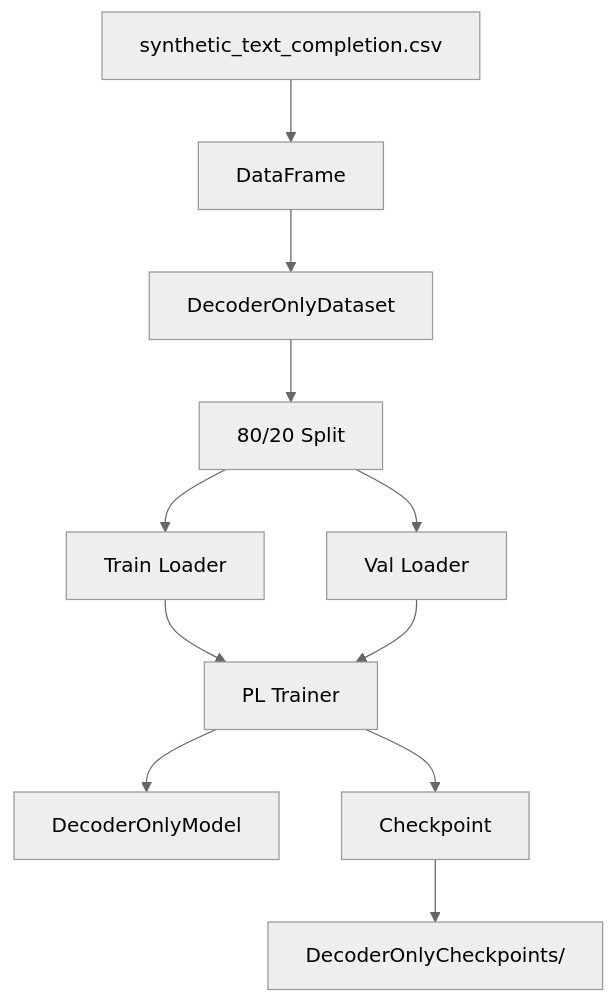
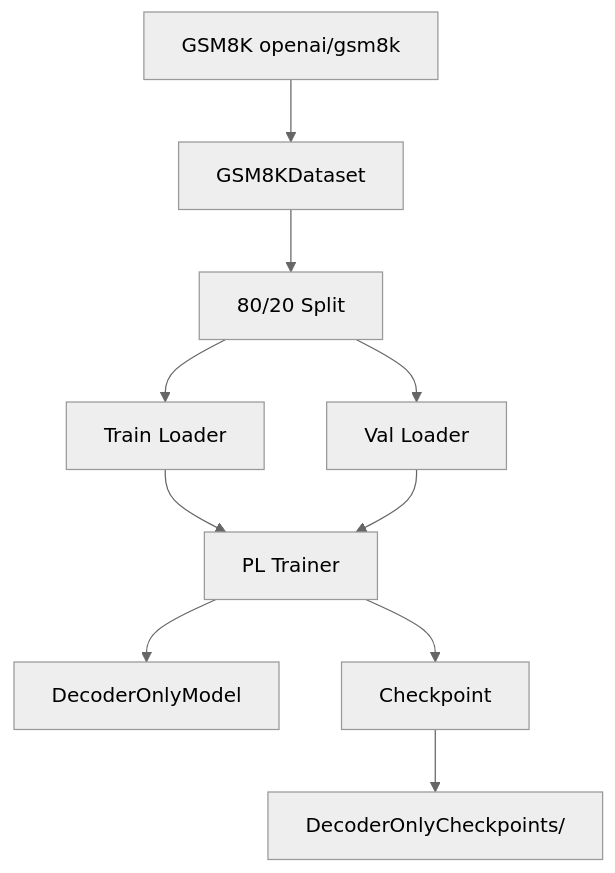
Before and after one commit to ambideXtrous9/Transformer-from-Scratch: the diagram in docs/DecoderOnlyTrainer.md, drawn with Mermaid (neutral theme). The commit also changed other lines of this file and 67 other files, not shown here.

````diff
--- a/docs/DecoderOnlyTrainer.md
+++ b/docs/DecoderOnlyTrainer.md
@@ -20,13 +20,12 @@
 ```mermaid
 graph TD
-    CSV[synthetic_text_completion.csv] --> DF[DataFrame]
-    DF --> Dataset[DecoderOnlyDataset]
+    GSM8K[GSM8K openai/gsm8k] --> Dataset[GSM8KDataset]
     Dataset --> Split[80/20 Split]
     Split --> TL[Train Loader]
     Split --> VL[Val Loader]
     
     TL & VL --> Trainer[PL Trainer]
     Trainer --> Model[DecoderOnlyModel]
     Trainer --> CK[Checkpoint]
     CK --> Disk[DecoderOnlyCheckpoints/]
 ```
````
